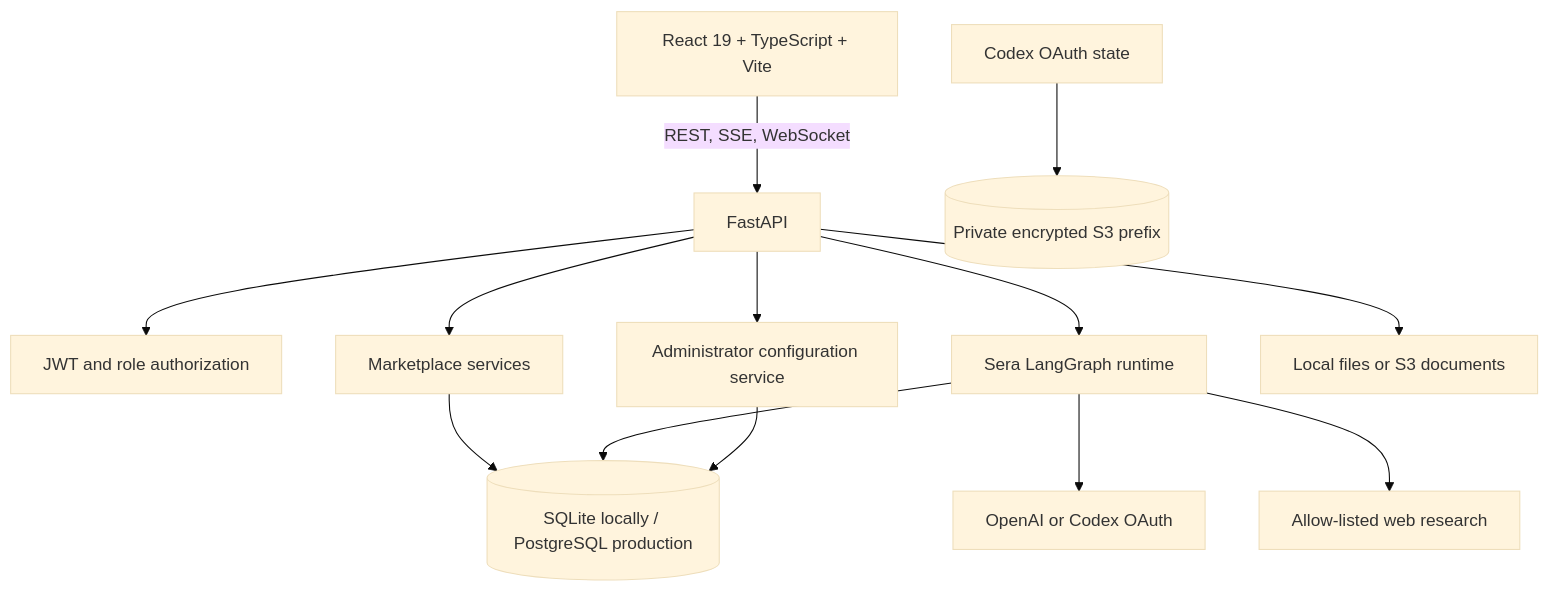
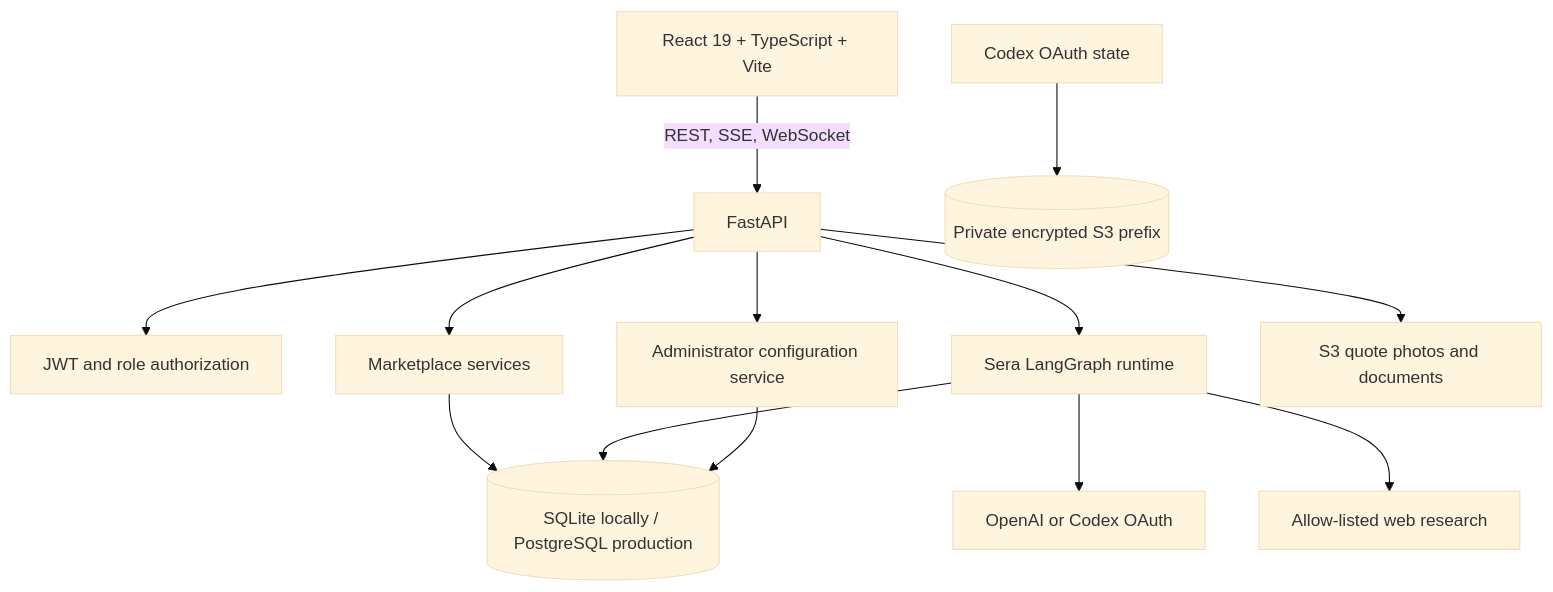
One commit to 4DM-Technologies/drive-deal-dsu changed the second of 3 diagrams in README.md. Above: the diagram before and after it, drawn with Mermaid (base theme). The commit also changed other lines of this file and 22 other files, not shown here.

````diff
--- a/README.md
+++ b/README.md
@@ -53,15 +53,15 @@
 ```mermaid
 flowchart TB
     UI[React 19 + TypeScript + Vite] -->|REST, SSE, WebSocket| API[FastAPI]
     API --> AUTH[JWT and role authorization]
     API --> MARKET[Marketplace services]
     API --> SERA[Sera LangGraph runtime]
     API --> ADMIN[Administrator configuration service]
     MARKET --> DB[(SQLite locally / PostgreSQL production)]
     SERA --> DB
     ADMIN --> DB
     SERA --> LLM[OpenAI or Codex OAuth]
     SERA --> WEB[Allow-listed web research]
-    API --> STORAGE[Local files or S3 documents]
+    API --> STORAGE[S3 quote photos and documents]
     OAUTH[Codex OAuth state] --> S3[(Private encrypted S3 prefix)]
 ```
````
